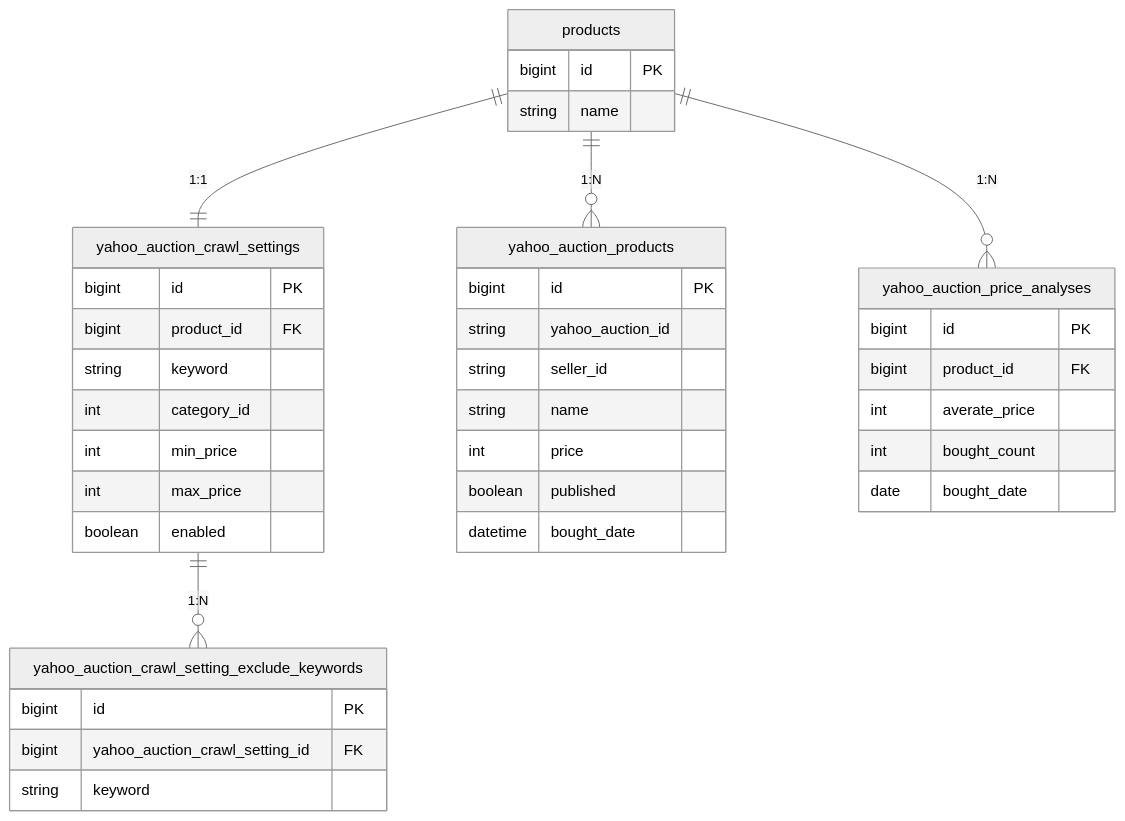
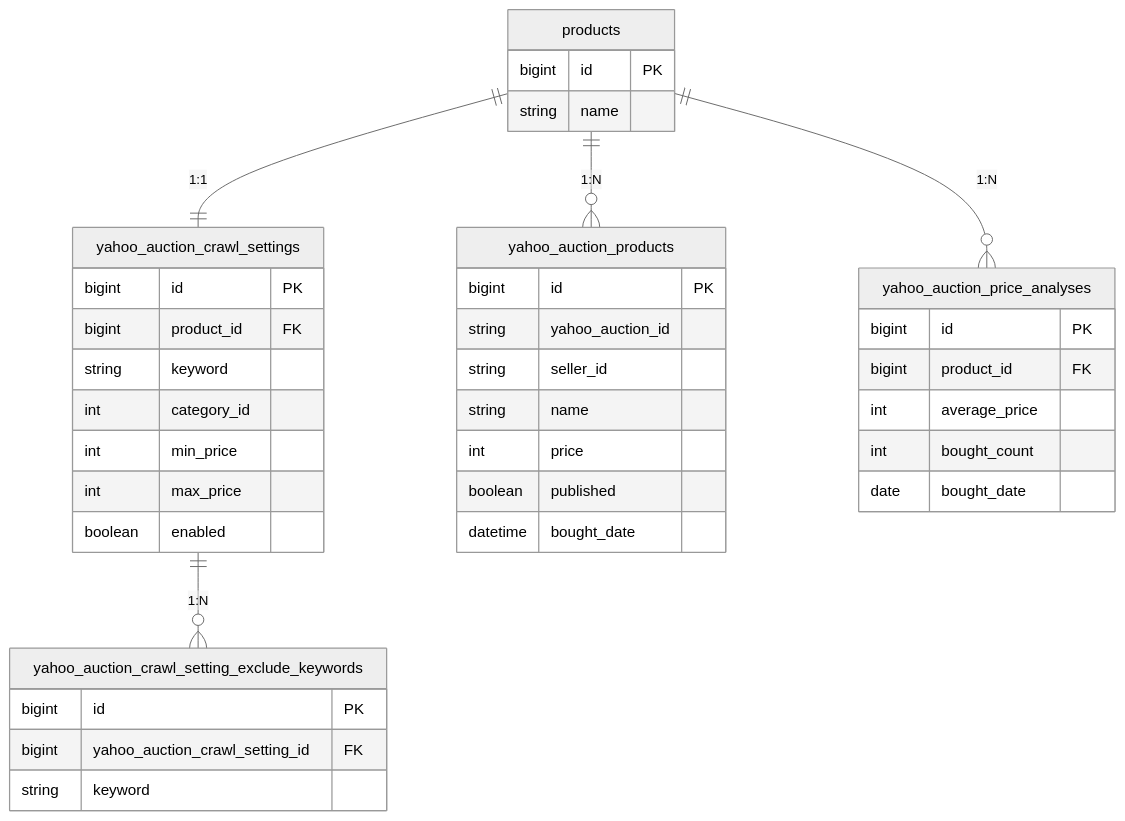
One commit to kuroweb/price-monitoring changed the second of 4 diagrams in README.md. Above: the diagram before and after it, drawn with Mermaid (neutral theme). The commit also changed other lines of this file, not shown here.

````diff
--- a/README.md
+++ b/README.md
@@ -78,42 +78,42 @@
 ```mermaid
 erDiagram
   products {
     bigint id PK
     string name
   }
   yahoo_auction_crawl_settings {
     bigint id PK
     bigint product_id FK
     string keyword
     int category_id
     int min_price
     int max_price
     boolean enabled
   }
   yahoo_auction_crawl_setting_exclude_keywords {
     bigint id PK
     bigint yahoo_auction_crawl_setting_id FK
     string keyword
   }
   yahoo_auction_products {
     bigint id PK
     string yahoo_auction_id
     string seller_id
     string name
     int price
     boolean published
     datetime bought_date
   }
   yahoo_auction_price_analyses {
     bigint id PK
     bigint product_id FK
-    int averate_price
+    int average_price
     int bought_count
     date bought_date
   }
 
   products ||--|| yahoo_auction_crawl_settings : "1:1"
   yahoo_auction_crawl_settings ||--o{ yahoo_auction_crawl_setting_exclude_keywords : "1:N"
   products ||--o{ yahoo_auction_products : "1:N"
   products ||--o{ yahoo_auction_price_analyses : "1:N"
 ```
````
